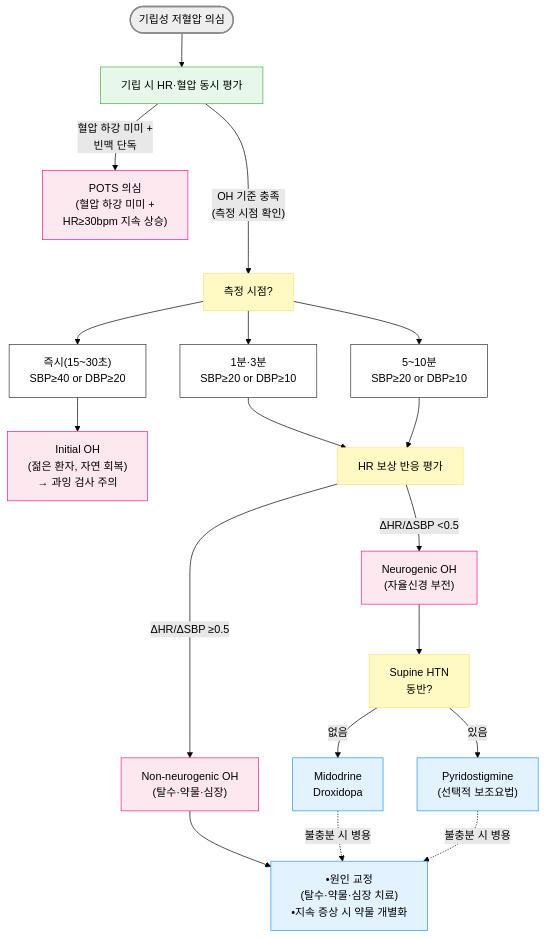
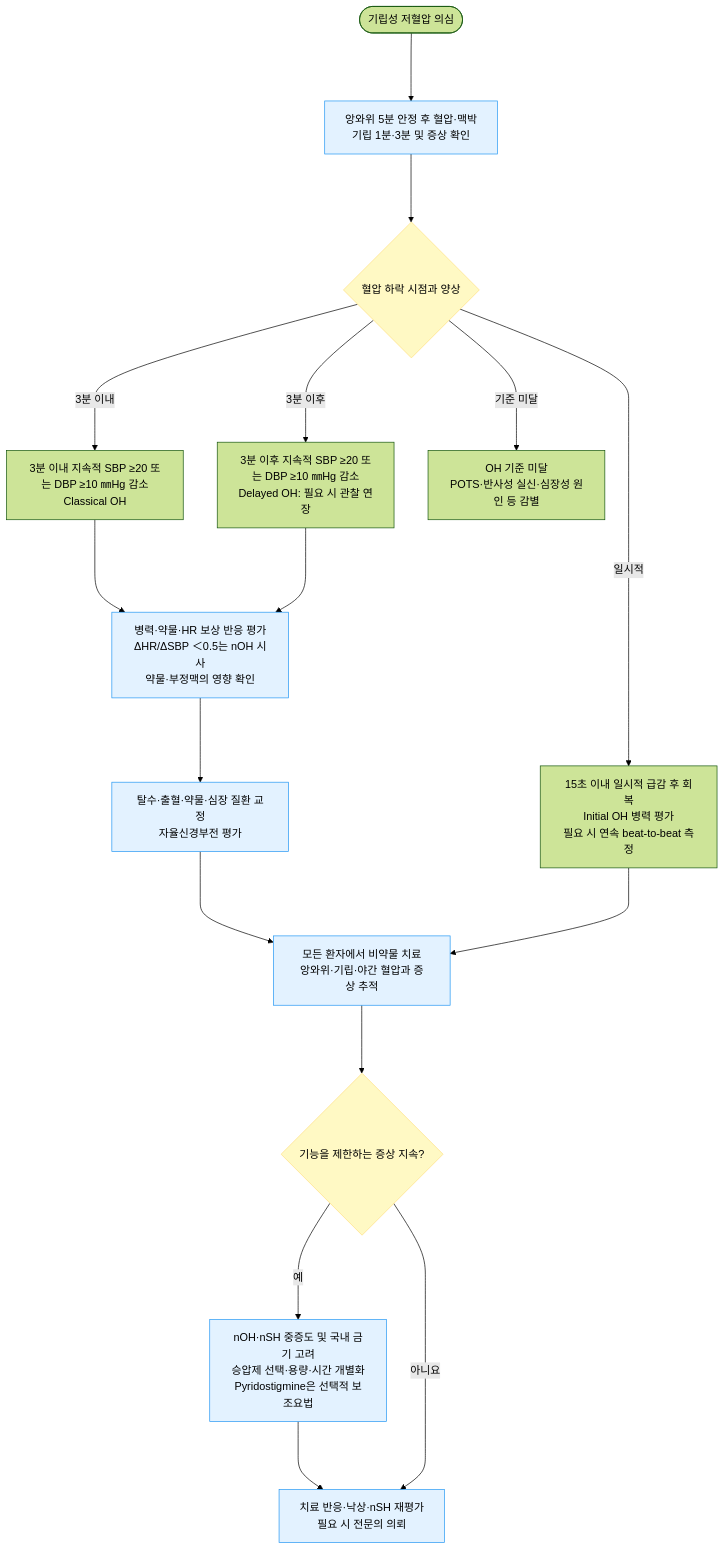
The diagram in 225_/096_-orthostatic-hypotension.md (familyoh77/familyoh77), drawn with Mermaid (forest theme) before and after one commit. The commit also changed other lines of this file and 5 other files, not shown here.

````diff
--- a/225_/096_-orthostatic-hypotension.md
+++ b/225_/096_-orthostatic-hypotension.md
@@ -140,46 +140,31 @@
 ```mermaid
 graph TD
-
     Start([기립성 저혈압 의심])
-style Start fill:#eeeeee,stroke:#888888,stroke-width:2px
-    HR0["기립 시 HR·혈압 동시 평가"]
-style HR0 fill:#e8f8e8,stroke:#4caf50
-    POTS["POTS 의심<br/>(혈압 하강 미미 +<br/>HR≥30bpm 지속 상승)"]
-    T0["측정 시점?"]
-    T1["즉시(15~30초)<br/>SBP≥40 or DBP≥20"]
-    T2["1분·3분<br/>SBP≥20 or DBP≥10"]
-    T3["5~10분<br/>SBP≥20 or DBP≥10"]
-    InitOH["Initial OH<br/>(젊은 환자, 자연 회복)<br/>→ 과잉 검사 주의"]
-    HR["HR 보상 반응 평가"]
-    NonNeuro["Non-neurogenic OH<br/>(탈수·약물·심장)"]
-    Neuro["Neurogenic OH<br/>(자율신경 부전)"]
-classDef pink fill:#fde8f0,stroke:#e91e8c
-class InitOH,Neuro,POTS,NonNeuro pink
-    NonTx["•원인 교정<br/>(탈수·약물·심장 치료)<br/>•지속 증상 시 약물 개별화"]
-    SupineHTN["Supine HTN<br/>동반?"]
-classDef yellow fill:#fff9c4,stroke:#ffe082
-class T0,HR,SupineHTN yellow
-classDef white fill:#fff,stroke:#333
-class T1,T2,T3 white
-    NTx1["Midodrine<br/>Droxidopa"]
-    NTx2["Pyridostigmine<br/>(선택적 보조요법)"]
-classDef sky fill:#e3f2ff,stroke:#2196f3
-class NTx1,NTx2,NonTx sky
-    Start --> HR0
-    HR0 -- "혈압 하강 미미 +<br/>빈맥 단독" --> POTS
-    HR0 -- "OH 기준 충족<br/>(측정 시점 확인)" ---> T0
-    T0 --> T1
-    T0 --> T2
-    T0 --> T3
-    T1 --> InitOH
-    T2 --> HR
-    T3 --> HR
-    HR -- "ΔHR/ΔSBP ≥0.5" --> NonNeuro
-    HR -- "ΔHR/ΔSBP <0.5" --> Neuro
-    NonNeuro --> NonTx
-    Neuro --> SupineHTN
-    SupineHTN -- "없음" --> NTx1
-    SupineHTN -- "있음" --> NTx2
-    NTx1 -. "불충분 시 병용" .-> NonTx
-    NTx2 -. "불충분 시 병용" .-> NonTx
+    BP["앙와위 5분 안정 후 혈압·맥박<br/>기립 1분·3분 및 증상 확인"]
+    Time{"혈압 하락 시점과 양상"}
+    Init["15초 이내 일시적 급감 후 회복<br/>Initial OH 병력 평가<br/>필요 시 연속 beat-to-beat 측정"]
+    Classic["3분 이내 지속적 SBP ≥20 또는 DBP ≥10 ㎜Hg 감소<br/>Classical OH"]
+    Delay["3분 이후 지속적 SBP ≥20 또는 DBP ≥10 ㎜Hg 감소<br/>Delayed OH: 필요 시 관찰 연장"]
+    Other["OH 기준 미달<br/>POTS·반사성 실신·심장성 원인 등 감별"]
+    HR["병력·약물·HR 보상 반응 평가<br/>ΔHR/ΔSBP ＜0.5는 nOH 시사<br/>약물·부정맥의 영향 확인"]
+    Cause["탈수·출혈·약물·심장 질환 교정<br/>자율신경부전 평가"]
+    NonTx["모든 환자에서 비약물 치료<br/>앙와위·기립·야간 혈압과 증상 추적"]
+    Persist{"기능을 제한하는 증상 지속?"}
+    Drug["nOH·nSH 중증도 및 국내 금기 고려<br/>승압제 선택·용량·시간 개별화<br/>Pyridostigmine은 선택적 보조요법"]
+    Follow["치료 반응·낙상·nSH 재평가<br/>필요 시 전문의 의뢰"]
+    Start ---> BP ---> Time
+    Time -- "일시적" ---> Init
+    Time -- "3분 이내" ---> Classic
+    Time -- "3분 이후" ---> Delay
+    Time -- "기준 미달" ---> Other
+    Classic ---> HR
+    Delay ---> HR
+    HR ---> Cause ---> NonTx ---> Persist
+    Init ---> NonTx
+    Persist -- "예" ---> Drug ---> Follow
+    Persist -- "아니요" ---> Follow
+    classDef blue fill:#e3f2ff,stroke:#2196f3
+    classDef yellow fill:#fff9c4,stroke:#ffe082
+    class BP,HR,Cause,NonTx,Drug,Follow blue
+    class Time,Persist yellow
 ```
````
